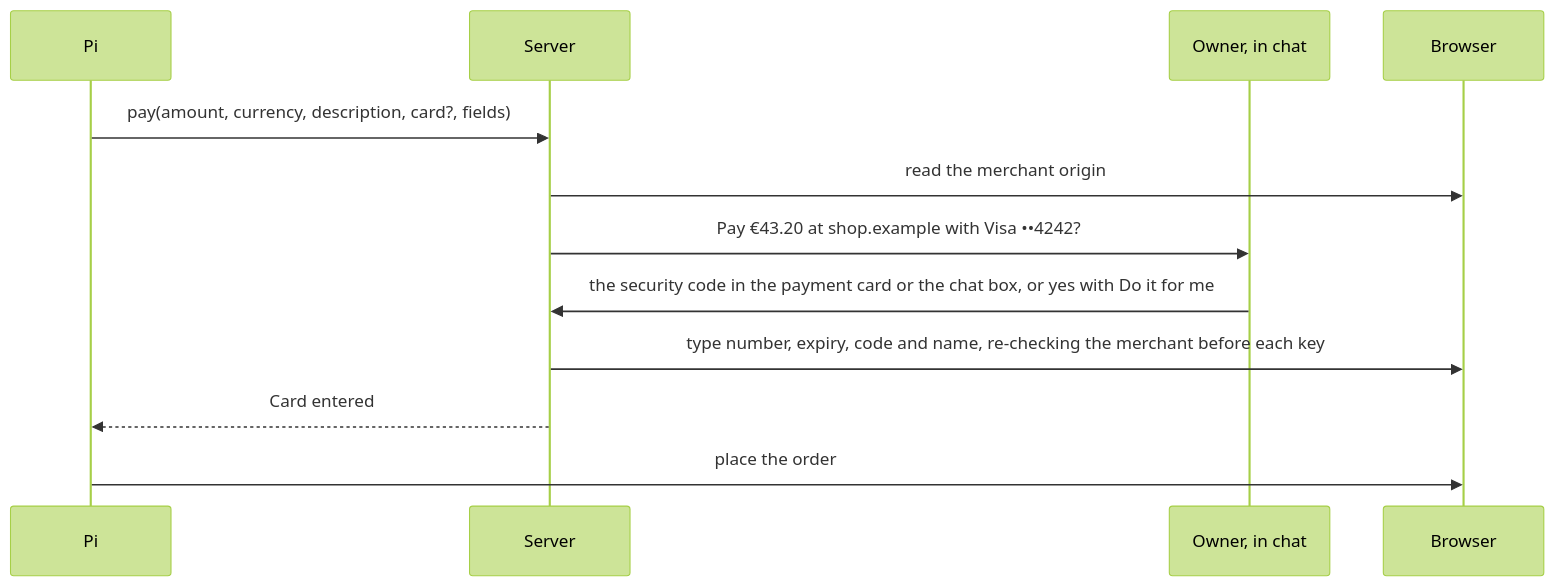
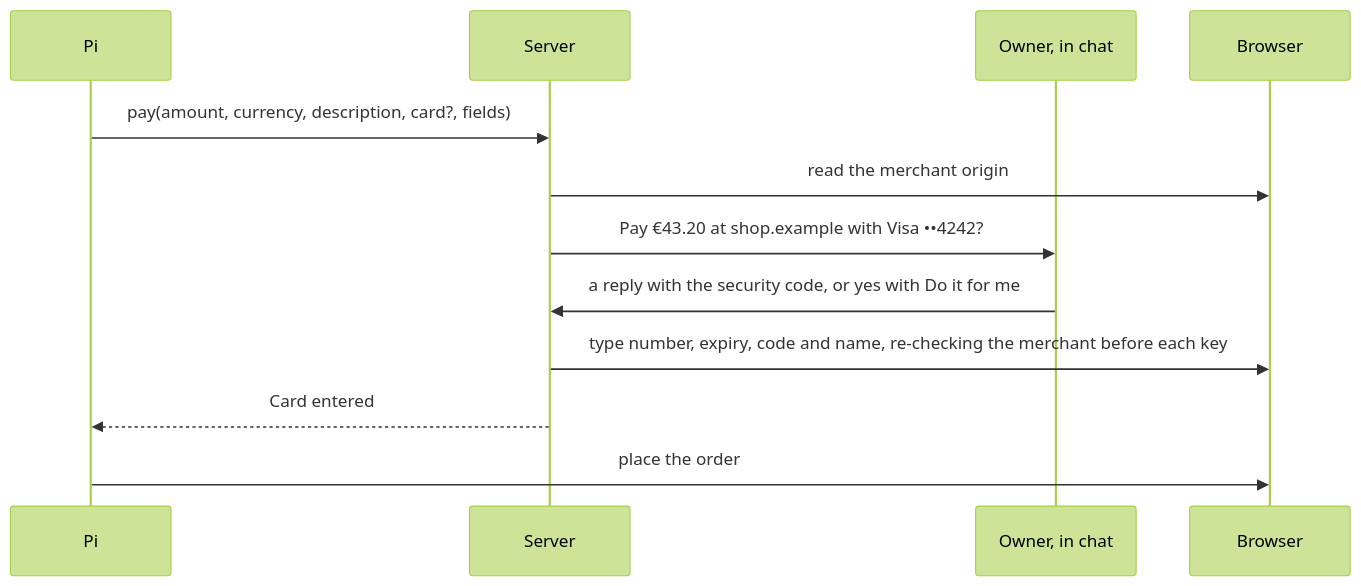
The diagram in docs/vault/payments.md (n8n-io/nod), drawn with Mermaid (forest theme) before and after one commit. The commit also changed other lines of this file and 33 other files, not shown here.

````diff
--- a/docs/vault/payments.md
+++ b/docs/vault/payments.md
@@ -37,14 +37,14 @@
 ```mermaid
 sequenceDiagram
   participant Pi
   participant S as Server
   participant O as Owner, in chat
   participant B as Browser
   Pi->>S: pay(amount, currency, description, card?, fields)
   S->>B: read the merchant origin
   S->>O: Pay €43.20 at shop.example with Visa ••4242?
-  O->>S: the security code in the payment card or the chat box, or yes with Do it for me
+  O->>S: a reply with the security code, or yes with Do it for me
   S->>B: type number, expiry, code and name, re-checking the merchant before each key
   S-->>Pi: Card entered
   Pi->>B: place the order
 ```
````
